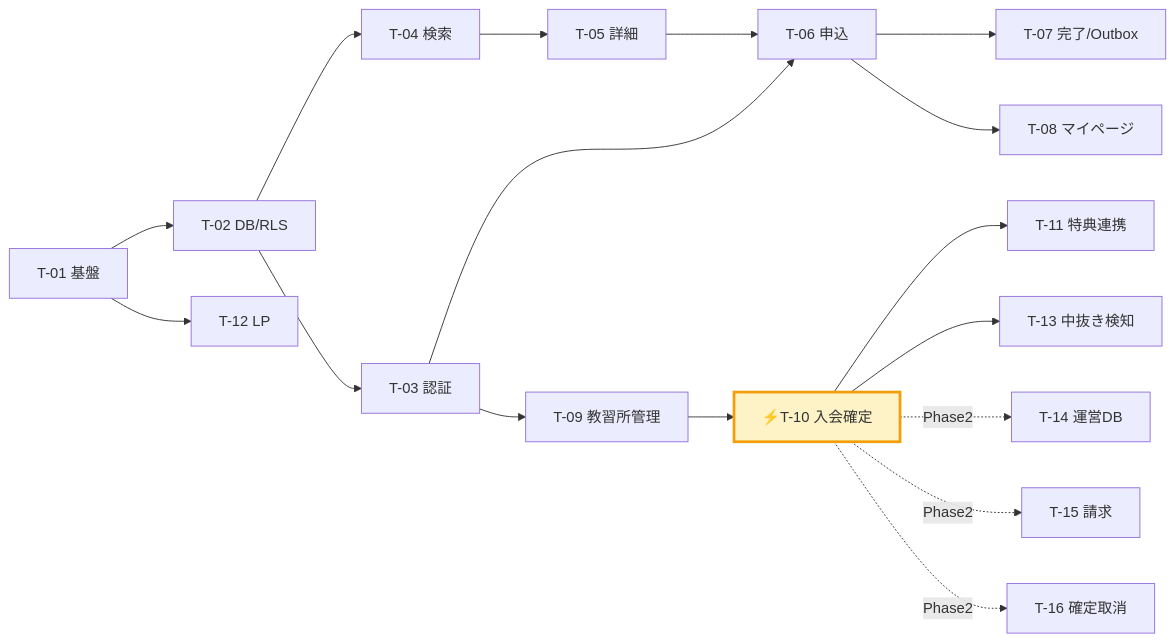
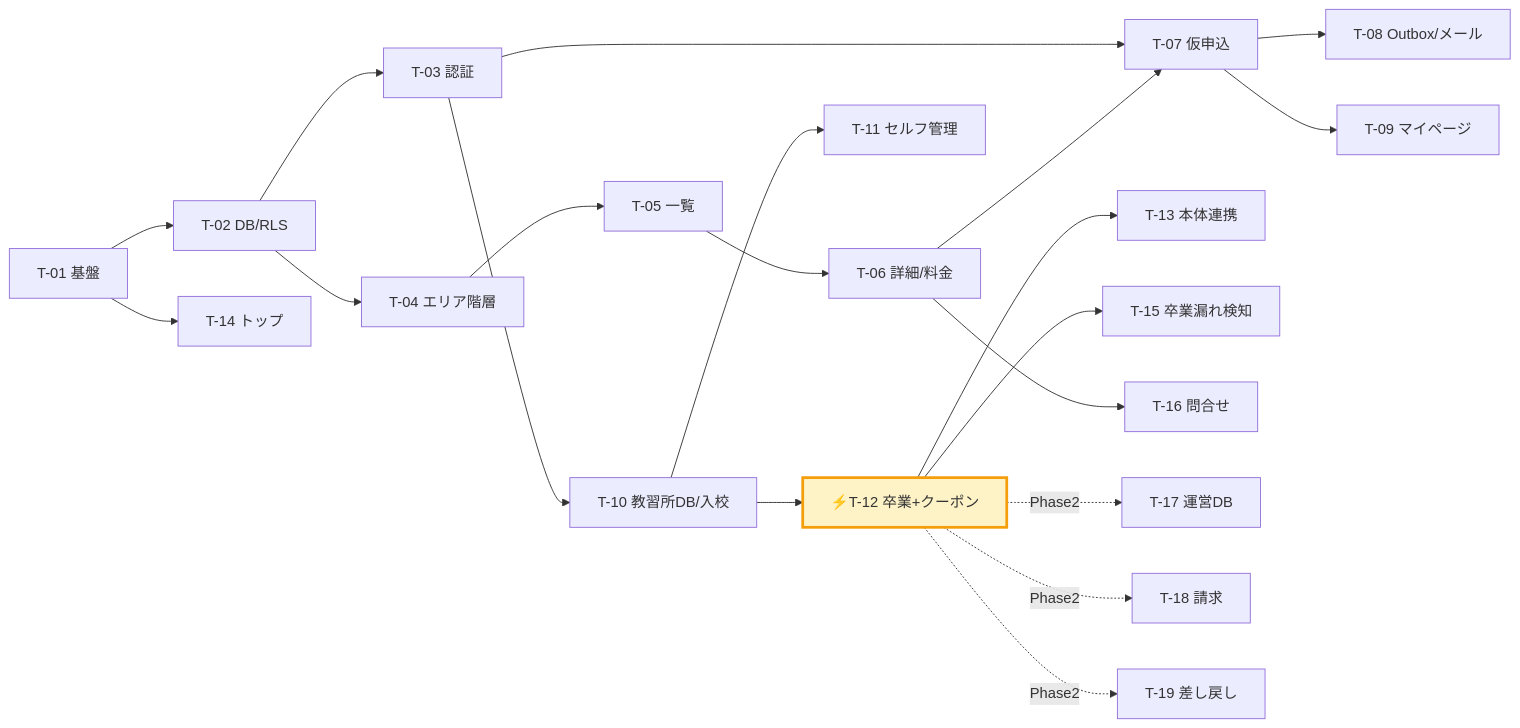
Before and after one commit to Sho0922/bestbike_matching-: the first of 2 diagrams in docs/06_dev-instructions-codex.md, drawn with Mermaid. The commit also changed other lines of this file and 10 other files, not shown here.

````diff
--- a/docs/06_dev-instructions-codex.md
+++ b/docs/06_dev-instructions-codex.md
@@ -107,15 +125,17 @@
 ```mermaid
 flowchart LR
   T01[T-01 基盤] --> T02[T-02 DB/RLS] --> T03[T-03 認証]
-  T02 --> T04[T-04 検索] --> T05[T-05 詳細] --> T06[T-06 申込]
-  T03 --> T06 --> T07[T-07 完了/Outbox]
-  T06 --> T08[T-08 マイページ]
-  T03 --> T09[T-09 教習所管理] --> T10["⚡T-10 入会確定"]
-  T10 --> T11[T-11 特典連携]
-  T10 --> T13[T-13 中抜き検知]
-  T01 --> T12[T-12 LP]
-  T10 -.Phase2.-> T14[T-14 運営DB]
-  T10 -.Phase2.-> T15[T-15 請求]
-  T10 -.Phase2.-> T16[T-16 確定取消]
-  style T10 fill:#fef3c7,stroke:#f59e0b,stroke-width:3px
+  T02 --> T04[T-04 エリア階層] --> T05[T-05 一覧] --> T06[T-06 詳細/料金]
+  T03 --> T07[T-07 仮申込] 
+  T06 --> T07 --> T08[T-08 Outbox/メール]
+  T07 --> T09[T-09 マイページ]
+  T03 --> T10[T-10 教習所DB/入校] --> T11[T-11 セルフ管理]
+  T10 --> T12["⚡T-12 卒業+クーポン"] --> T13[T-13 本体連携]
+  T12 --> T15[T-15 卒業漏れ検知]
+  T01 --> T14[T-14 トップ]
+  T06 --> T16[T-16 問合せ]
+  T12 -.Phase2.-> T17[T-17 運営DB]
+  T12 -.Phase2.-> T18[T-18 請求]
+  T12 -.Phase2.-> T19[T-19 差し戻し]
+  style T12 fill:#fef3c7,stroke:#f59e0b,stroke-width:3px
 ```
````
